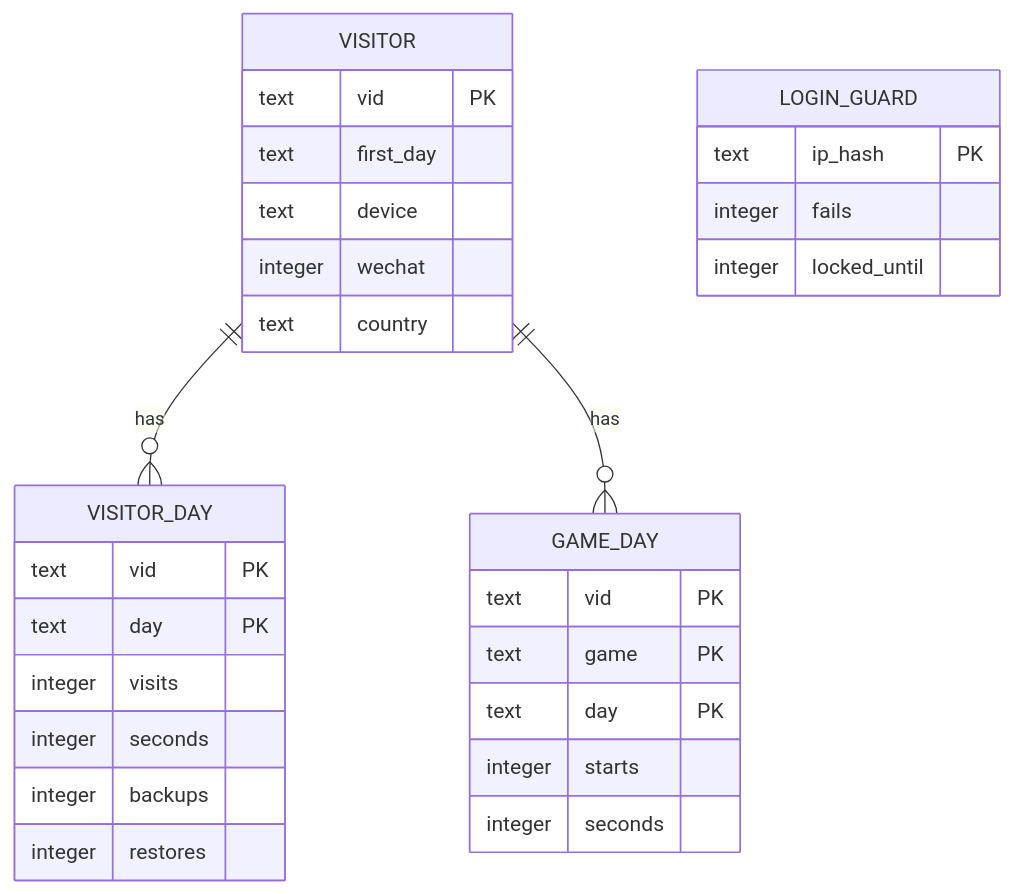
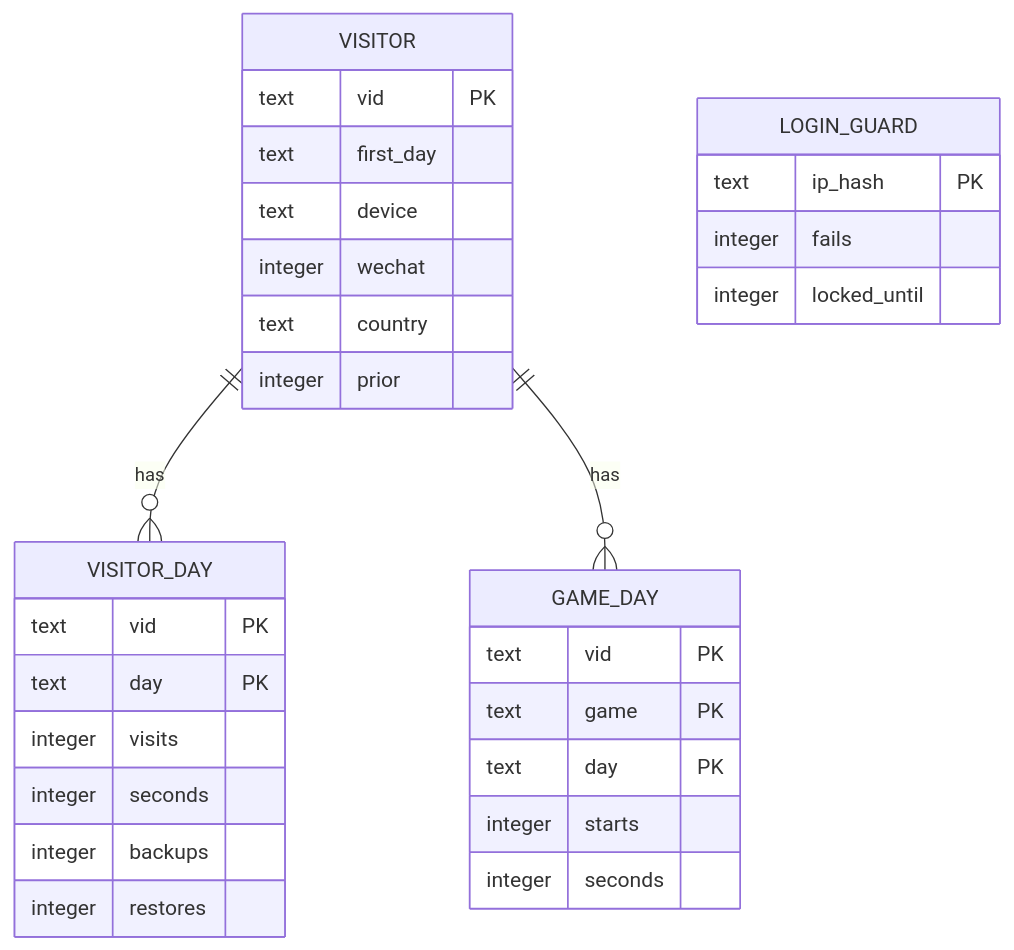
The second of 6 diagrams in docs/DESIGN.md (Bearisbug/Shoota), drawn with Mermaid before and after one commit. The commit also changed other lines of this file and 62 other files, not shown here.

````diff
--- a/docs/DESIGN.md
+++ b/docs/DESIGN.md
@@ -160,32 +250,33 @@
 ```mermaid
 erDiagram
   VISITOR ||--o{ VISITOR_DAY : has
   VISITOR ||--o{ GAME_DAY : has
   VISITOR {
     text vid PK
     text first_day
     text device
     integer wechat
     text country
+    integer prior
   }
   VISITOR_DAY {
     text vid PK
     text day PK
     integer visits
     integer seconds
     integer backups
     integer restores
   }
   GAME_DAY {
     text vid PK
     text game PK
     text day PK
     integer starts
     integer seconds
   }
   LOGIN_GUARD {
     text ip_hash PK
     integer fails
     integer locked_until
   }
 ```
````
